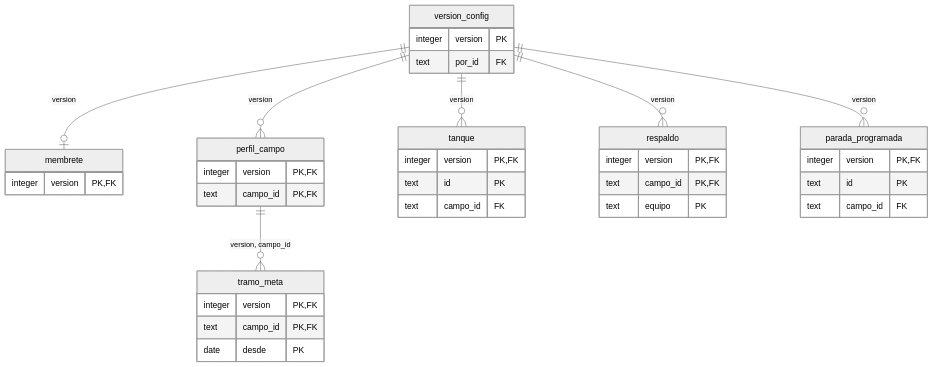
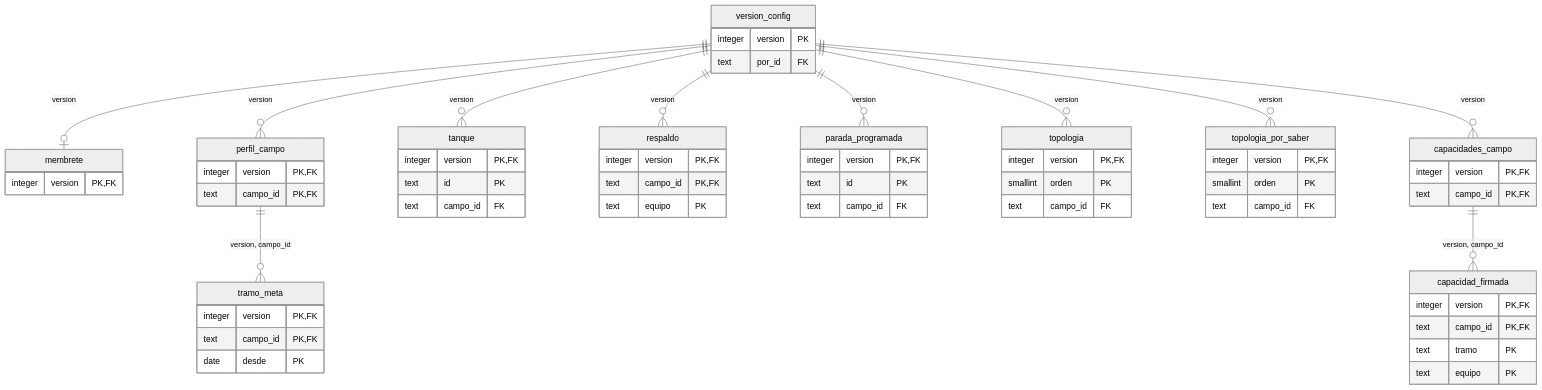
Before and after one commit to Hollman18/trim-hidrocarburos: the sixth of 10 diagrams in docs/backend/03-modelo-de-datos.md, drawn with Mermaid (neutral theme). The commit also changed other lines of this file and 267 other files, not shown here.

````diff
--- a/docs/backend/03-modelo-de-datos.md
+++ b/docs/backend/03-modelo-de-datos.md
@@ -1119,40 +1119,64 @@
 ```mermaid
 erDiagram
   version_config {
     integer version PK
     text por_id FK
   }
   membrete {
     integer version PK, FK
   }
   perfil_campo {
     integer version PK, FK
     text campo_id PK, FK
   }
   tramo_meta {
     integer version PK, FK
     text campo_id PK, FK
     date desde PK
   }
   tanque {
     integer version PK, FK
     text id PK
     text campo_id FK
   }
   respaldo {
     integer version PK, FK
     text campo_id PK, FK
     text equipo PK
   }
   parada_programada {
     integer version PK, FK
     text id PK
     text campo_id FK
   }
+  topologia {
+    integer version PK, FK
+    smallint orden PK
+    text campo_id FK
+  }
+  topologia_por_saber {
+    integer version PK, FK
+    smallint orden PK
+    text campo_id FK
+  }
+  capacidades_campo {
+    integer version PK, FK
+    text campo_id PK, FK
+  }
+  capacidad_firmada {
+    integer version PK, FK
+    text campo_id PK, FK
+    text tramo PK
+    text equipo PK
+  }
   version_config ||--|o membrete : "version"
   version_config ||--o{ perfil_campo : "version"
   perfil_campo ||--o{ tramo_meta : "version, campo_id"
   version_config ||--o{ tanque : "version"
   version_config ||--o{ respaldo : "version"
   version_config ||--o{ parada_programada : "version"
+  version_config ||--o{ topologia : "version"
+  version_config ||--o{ topologia_por_saber : "version"
+  version_config ||--o{ capacidades_campo : "version"
+  capacidades_campo ||--o{ capacidad_firmada : "version, campo_id"
 ```
````
